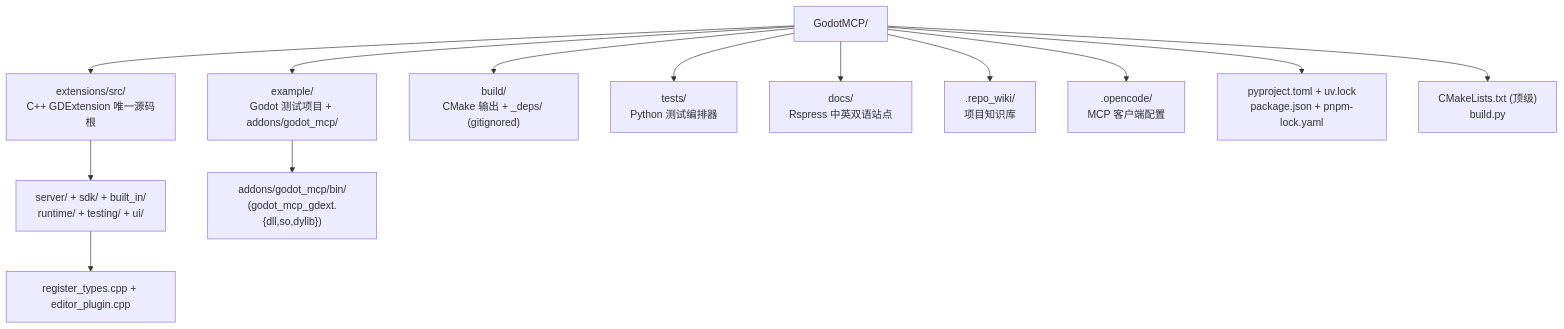
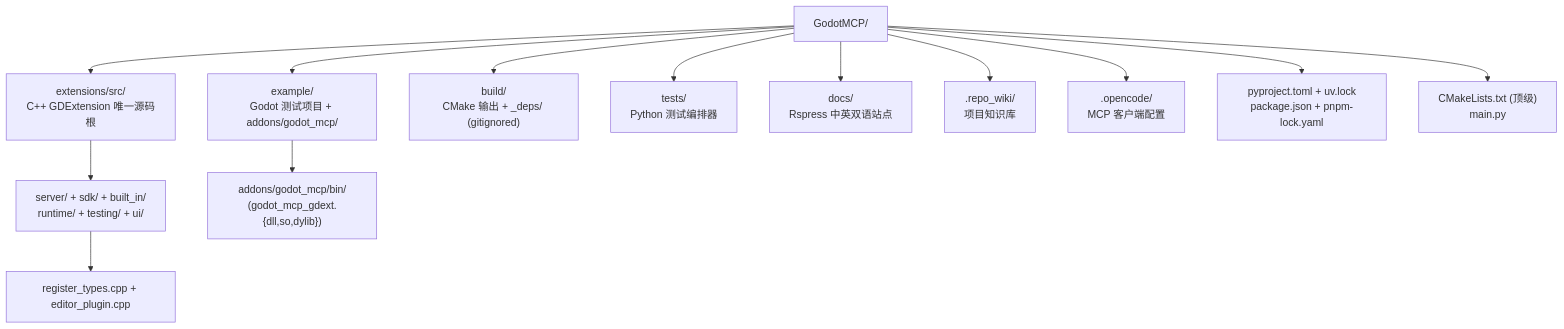
The first of 2 diagrams in .repo_wiki/specification/project-structure.md (jesspig/GodotMCP-GDExtension), drawn with Mermaid before and after one commit. The commit also changed other lines of this file and 21 other files, not shown here.

````diff
--- a/.repo_wiki/specification/project-structure.md
+++ b/.repo_wiki/specification/project-structure.md
@@ -5,16 +5,16 @@
 ```mermaid
 flowchart TB
     Root["GodotMCP/"]
     Root --> Src["extensions/src/<br/>C++ GDExtension 唯一源码根"]
     Root --> Example["example/<br/>Godot 测试项目 + addons/godot_mcp/"]
     Root --> Build["build/<br/>CMake 输出 + _deps/ (gitignored)"]
     Root --> Tests["tests/<br/>Python 测试编排器"]
     Root --> Docs["docs/<br/>Rspress 中英双语站点"]
     Root --> Wiki[".repo_wiki/<br/>项目知识库"]
     Root --> Opencode[".opencode/<br/>MCP 客户端配置"]
     Root --> Pkg["pyproject.toml + uv.lock<br/>package.json + pnpm-lock.yaml"]
-    Root --> Cfg["CMakeLists.txt (顶级)<br/>build.py"]
+    Root --> Cfg["CMakeLists.txt (顶级)<br/>main.py"]
     Src --> Cpp["server/ + sdk/ + built_in/<br/>runtime/ + testing/ + ui/"]
     Cpp --> Entry["register_types.cpp + editor_plugin.cpp"]
     Example --> Bin["addons/godot_mcp/bin/<br/>(godot_mcp_gdext.{dll,so,dylib})"]
 ```
````
